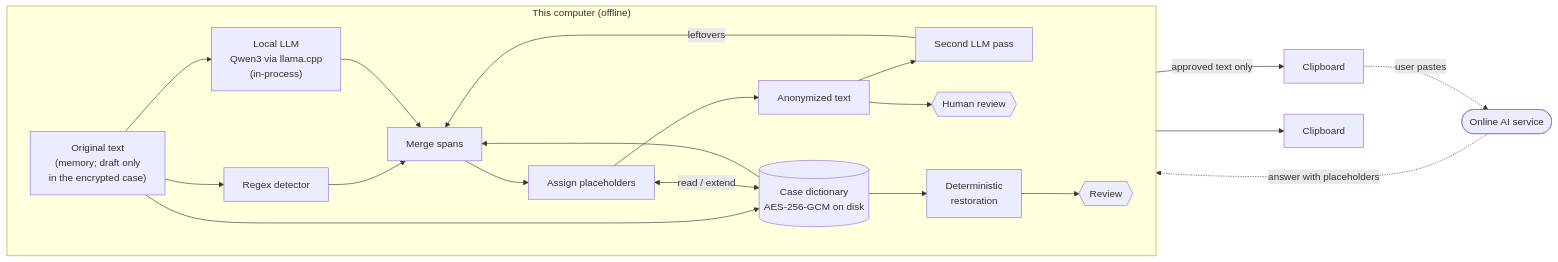
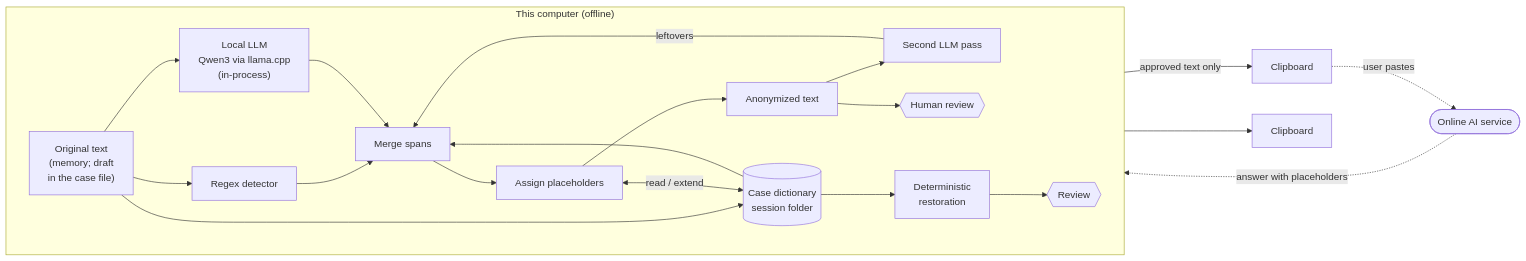
One commit to mristin/hajde-ano changed the diagram in docs/privacy-architecture.md. Above: the diagram before and after it, drawn with Mermaid. The commit also changed other lines of this file and 40 other files, not shown here.

First line of the commit message:
Store cases in a user-chosen session folder

````diff
--- a/docs/privacy-architecture.md
+++ b/docs/privacy-architecture.md
@@ -7,32 +7,32 @@
 ```mermaid
 flowchart LR
     subgraph local["This computer (offline)"]
         direction LR
-        orig["Original text<br/>(memory; draft only<br/>in the encrypted case)"]
+        orig["Original text<br/>(memory; draft<br/>in the case file)"]
         regex["Regex detector"]
         llm["Local LLM<br/>Qwen3 via llama.cpp<br/>(in-process)"]
-        dict[("Case dictionary<br/>AES-256-GCM on disk")]
+        dict[("Case dictionary<br/>session folder")]
         merge["Merge spans"]
         ph["Assign placeholders"]
         anon["Anonymized text"]
         second["Second LLM pass"]
         review{{"Human review"}}
         restore["Deterministic<br/>restoration"]
         review2{{"Review"}}
 
         orig --> regex & llm & dict
         regex --> merge
         llm --> merge
         dict --> merge
         merge --> ph --> anon
         anon --> second -->|leftovers| merge
         ph <-->|read / extend| dict
         anon --> review
         dict --> restore --> review2
     end
 
     review -->|approved text only| cb1["Clipboard"]
     cb1 -.->|user pastes| ai(["Online AI service"])
     ai -.->|answer with placeholders| restore
     review2 --> cb2["Clipboard"]
 ```
````
